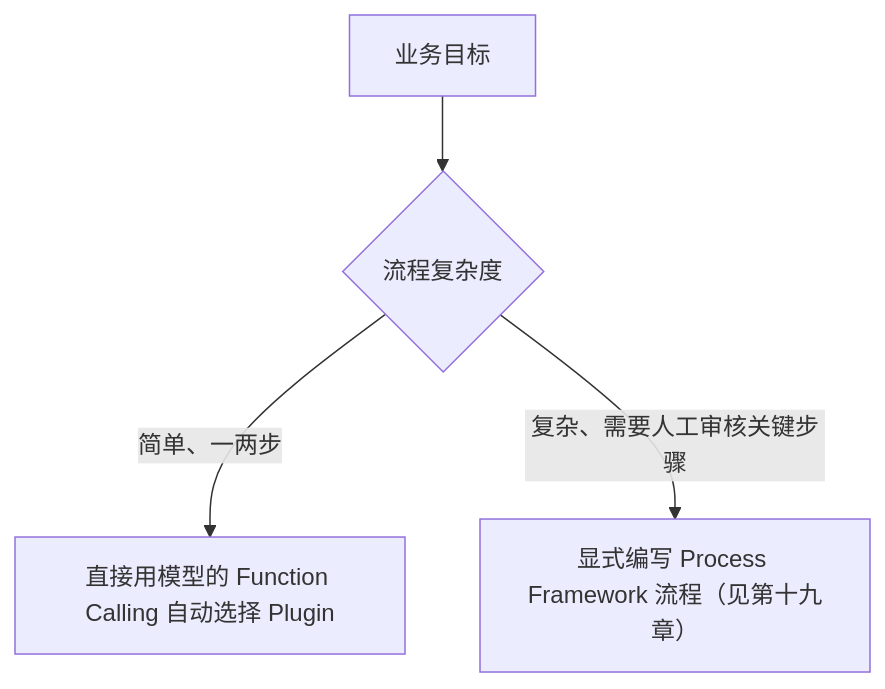
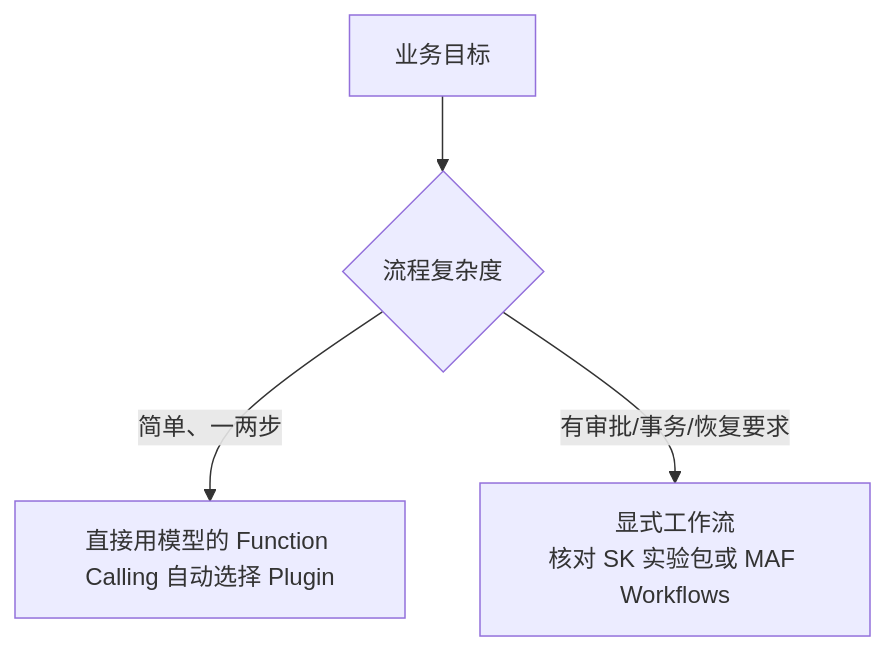
The diagram in docs/frameworks/04-semantic-kernel/18-kernel-plugin-planner.md (oneleaveknowsthefall/awesome-ai-roadmap), drawn with Mermaid before and after one commit. The commit also changed other lines of this file and 61 other files, not shown here.

````diff
--- a/docs/frameworks/04-semantic-kernel/18-kernel-plugin-planner.md
+++ b/docs/frameworks/04-semantic-kernel/18-kernel-plugin-planner.md
@@ -42,6 +50,6 @@
 ```mermaid
 flowchart TB
     G["业务目标"] --> D{"流程复杂度"}
     D -->|"简单、一两步"| M["直接用模型的 Function Calling 自动选择 Plugin"]
-    D -->|"复杂、需要人工审核关键步骤"| PF["显式编写 Process Framework 流程（见第十九章）"]
+    D -->|"有审批/事务/恢复要求"| PF["显式工作流<br/>核对 SK 实验包或 MAF Workflows"]
 ```
````
